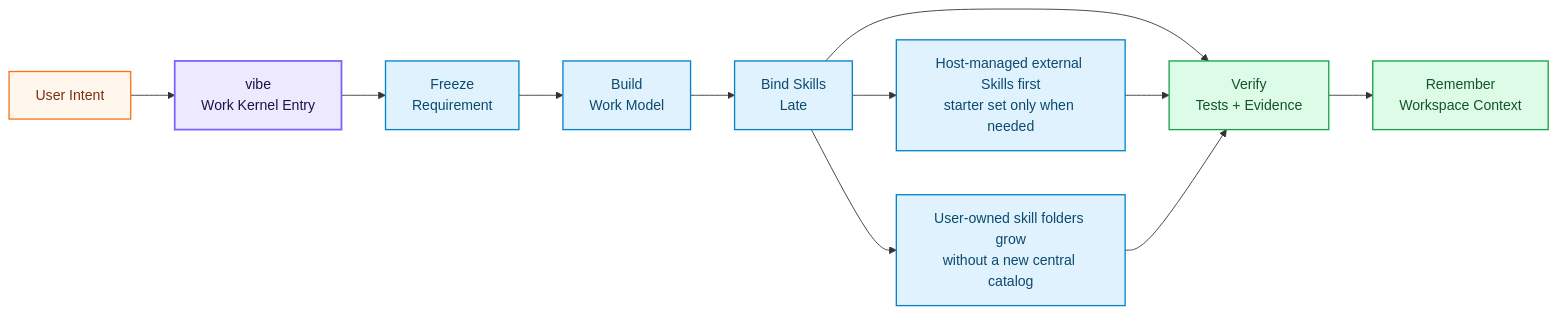
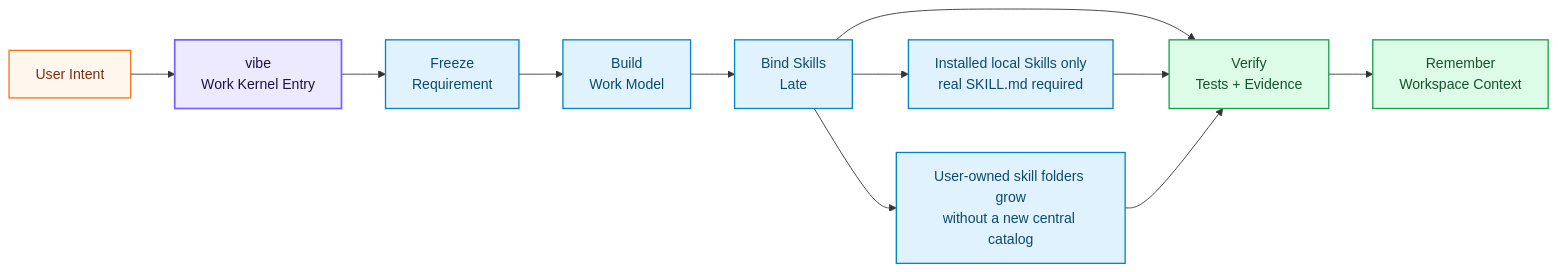
One commit to hallfay0/Vibe-Skills changed the first of 2 diagrams in README.md. Above: the diagram before and after it, drawn with Mermaid. The commit also changed other lines of this file and 68 other files, not shown here.

Commit message:
runtime: route specialists from local skills only

````diff
--- a/README.md
+++ b/README.md
@@ -155,29 +155,29 @@
 ```mermaid
 flowchart LR
     accTitle: VibeSkills Harness Flow
     accDescr: User intent enters the vibe harness. The harness freezes intent, builds a work model, binds helpful Skills late, verifies evidence, and preserves workspace context.
 
     user["User Intent"]
     vibe["vibe<br/>Work Kernel Entry"]
     freeze["Freeze<br/>Requirement"]
     plan["Build<br/>Work Model"]
     route["Bind Skills<br/>Late"]
-    skills["Host-managed external Skills first<br/>starter set only when needed"]
+    skills["Installed local Skills only<br/>real SKILL.md required"]
     future["User-owned skill folders grow<br/>without a new central catalog"]
     verify["Verify<br/>Tests + Evidence"]
     memory["Remember<br/>Workspace Context"]
 
     user --> vibe --> freeze --> plan --> route --> verify --> memory
     route --> skills --> verify
     route --> future --> verify
 
     classDef core fill:#ede9fe,stroke:#7B61FF,stroke-width:2px,color:#1f1147
     classDef stage fill:#e0f2fe,stroke:#0284c7,stroke-width:1.5px,color:#0c4a6e
     classDef proof fill:#dcfce7,stroke:#16a34a,stroke-width:1.5px,color:#14532d
     classDef user fill:#fff7ed,stroke:#f97316,stroke-width:1.5px,color:#7c2d12
 
     class vibe core
     class freeze,plan,route,skills,future stage
     class verify,memory proof
     class user user
 ```
````
